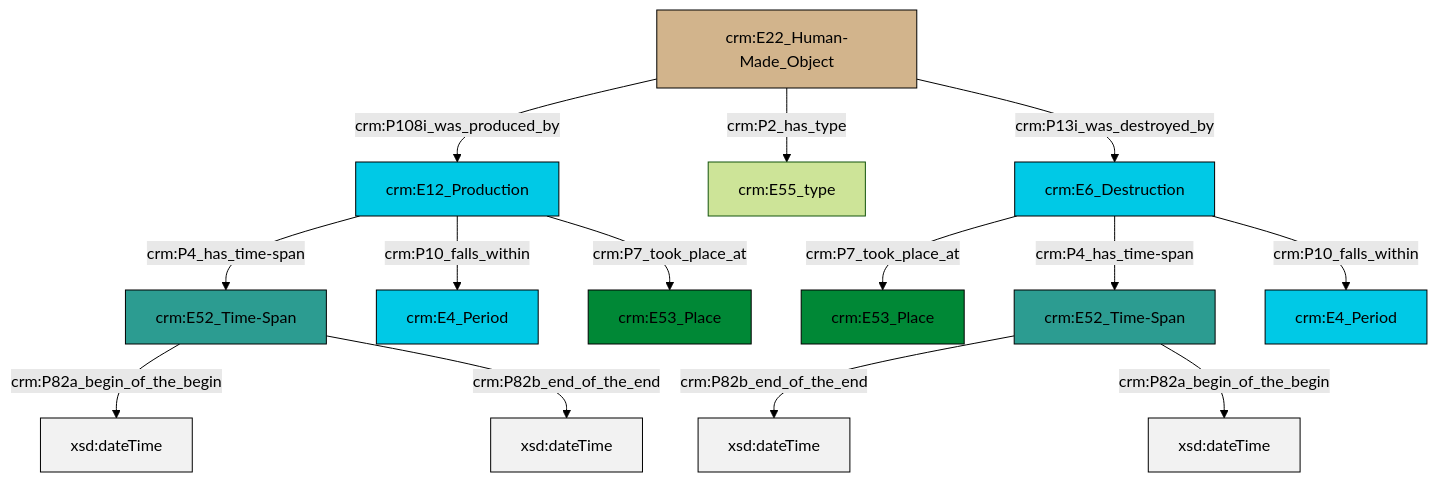
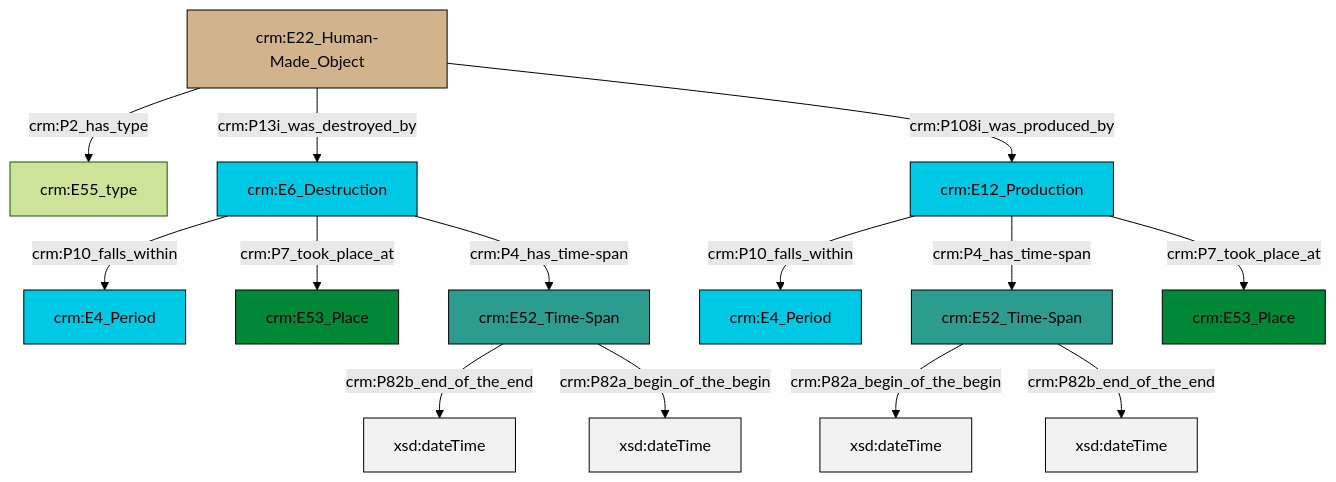
The diagram in et/artworkCSV/ttl/mmd/Artwork_Existence.ttl.mmd (swiss-art-research-net/docs.swissartresearch), drawn with Mermaid (forest theme) before and after one commit. The commit also changed 210 other files, not shown here.

```diff
--- a/et/artworkCSV/ttl/mmd/Artwork_Existence.ttl.mmd
+++ b/et/artworkCSV/ttl/mmd/Artwork_Existence.ttl.mmd
@@ -1,28 +1,28 @@
 graph TD
 classDef Literal fill:#f2f2f2,stroke:#000000;
 classDef CRM_Entity fill:#FFFFFF,stroke:#000000;
 classDef Temporal_Entity fill:#00C9E6, stroke:#000000;
 classDef Type fill:#E18312, stroke:#000000;
 classDef Time-Span fill:#2C9C91, stroke:#000000;
 classDef Appellation fill:#FFEB7F, stroke:#000000;
 classDef Place fill:#008836, stroke:#000000;
 classDef Persistent_Item fill:#B266B2, stroke:#000000;
 classDef Conceptual_Object fill:#FFD700, stroke:#000000;
 classDef Physical_Thing fill:#D2B48C, stroke:#000000;
 classDef Actor fill:#f58aad, stroke:#000000;
 classDef PC_Classes fill:#4ce600, stroke:#000000;
 classDef Multi fill:#cccccc,stroke:#000000;
 
-0["crm:E52_Time-Span"]:::Time-Span -->|crm:P82a_begin_of_the_begin| 1[xsd:dateTime]:::Literal
-2["crm:E6_Destruction"]:::Temporal_Entity -->|crm:P7_took_place_at| 3["crm:E53_Place"]:::Place
-4["crm:E22_Human-Made_Object"]:::Physical_Thing -->|crm:P108i_was_produced_by| 5["crm:E12_Production"]:::Temporal_Entity
-5["crm:E12_Production"]:::Temporal_Entity -->|crm:P4_has_time-span| 0["crm:E52_Time-Span"]:::Time-Span
-0["crm:E52_Time-Span"]:::Time-Span -->|crm:P82b_end_of_the_end| 7[xsd:dateTime]:::Literal
-5["crm:E12_Production"]:::Temporal_Entity -->|crm:P10_falls_within| 8["crm:E4_Period"]:::Temporal_Entity
-9["crm:E52_Time-Span"]:::Time-Span -->|crm:P82b_end_of_the_end| 10[xsd:dateTime]:::Literal
-2["crm:E6_Destruction"]:::Temporal_Entity -->|crm:P4_has_time-span| 9["crm:E52_Time-Span"]:::Time-Span
-2["crm:E6_Destruction"]:::Temporal_Entity -->|crm:P10_falls_within| 16["crm:E4_Period"]:::Temporal_Entity
-5["crm:E12_Production"]:::Temporal_Entity -->|crm:P7_took_place_at| 18["crm:E53_Place"]:::Place
-4["crm:E22_Human-Made_Object"]:::Physical_Thing -->|crm:P2_has_type| 12["crm:E55_type"]:::Default
-4["crm:E22_Human-Made_Object"]:::Physical_Thing -->|crm:P13i_was_destroyed_by| 2["crm:E6_Destruction"]:::Temporal_Entity
-9["crm:E52_Time-Span"]:::Time-Span -->|crm:P82a_begin_of_the_begin| 20[xsd:dateTime]:::Literal
+2["crm:E22_Human-Made_Object"]:::Physical_Thing -->|crm:P2_has_type| 3["crm:E55_type"]:::Default
+5["crm:E6_Destruction"]:::Temporal_Entity -->|crm:P10_falls_within| 6["crm:E4_Period"]:::Temporal_Entity
+8["crm:E12_Production"]:::Temporal_Entity -->|crm:P10_falls_within| 9["crm:E4_Period"]:::Temporal_Entity
+5["crm:E6_Destruction"]:::Temporal_Entity -->|crm:P7_took_place_at| 11["crm:E53_Place"]:::Place
+2["crm:E22_Human-Made_Object"]:::Physical_Thing -->|crm:P13i_was_destroyed_by| 5["crm:E6_Destruction"]:::Temporal_Entity
+8["crm:E12_Production"]:::Temporal_Entity -->|crm:P4_has_time-span| 0["crm:E52_Time-Span"]:::Time-Span
+15["crm:E52_Time-Span"]:::Time-Span -->|crm:P82b_end_of_the_end| 16[xsd:dateTime]:::Literal
+8["crm:E12_Production"]:::Temporal_Entity -->|crm:P7_took_place_at| 12["crm:E53_Place"]:::Place
+0["crm:E52_Time-Span"]:::Time-Span -->|crm:P82a_begin_of_the_begin| 19[xsd:dateTime]:::Literal
+2["crm:E22_Human-Made_Object"]:::Physical_Thing -->|crm:P108i_was_produced_by| 8["crm:E12_Production"]:::Temporal_Entity
+5["crm:E6_Destruction"]:::Temporal_Entity -->|crm:P4_has_time-span| 15["crm:E52_Time-Span"]:::Time-Span
+15["crm:E52_Time-Span"]:::Time-Span -->|crm:P82a_begin_of_the_begin| 22[xsd:dateTime]:::Literal
+0["crm:E52_Time-Span"]:::Time-Span -->|crm:P82b_end_of_the_end| 23[xsd:dateTime]:::Literal
```
